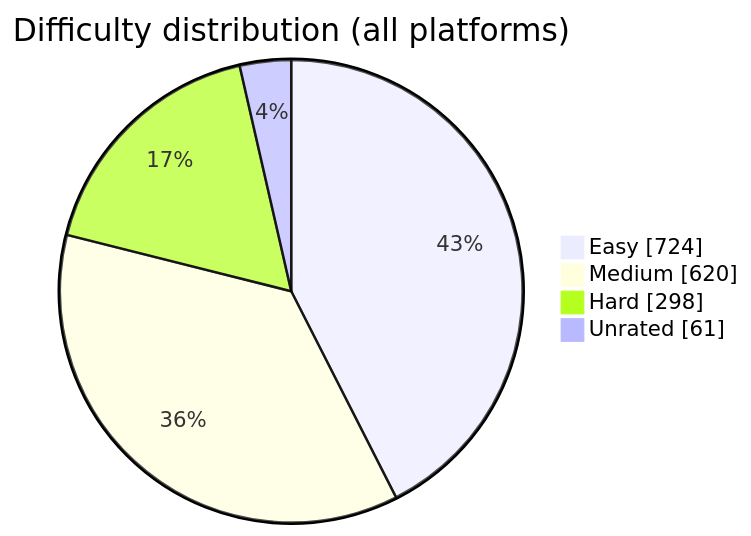
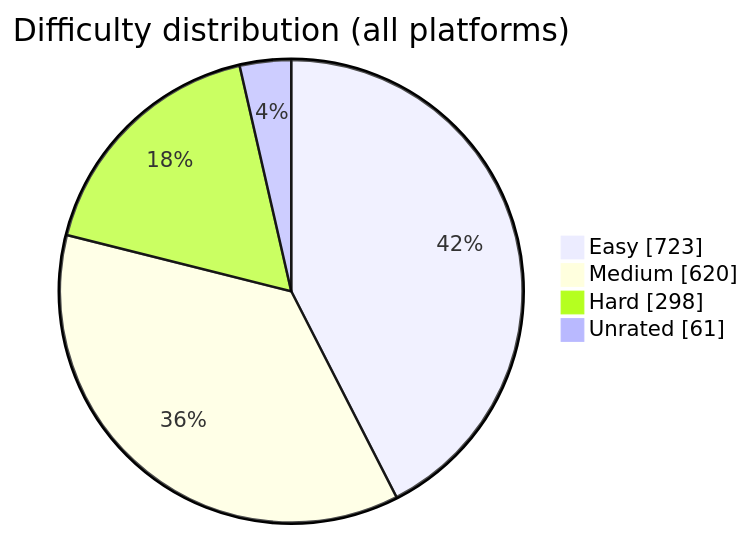
One commit to BuildbyArindam/Daily-Coding-Log changed the diagram in README.md. Above: the diagram before and after it, drawn with Mermaid. The commit also changed other lines of this file, not shown here.

````diff
--- a/README.md
+++ b/README.md
@@ -93,7 +93,7 @@
 ```mermaid
 pie showData title Difficulty distribution (all platforms)
-    "Easy" : 724
+    "Easy" : 723
     "Medium" : 620
     "Hard" : 298
     "Unrated" : 61
 ```
````
